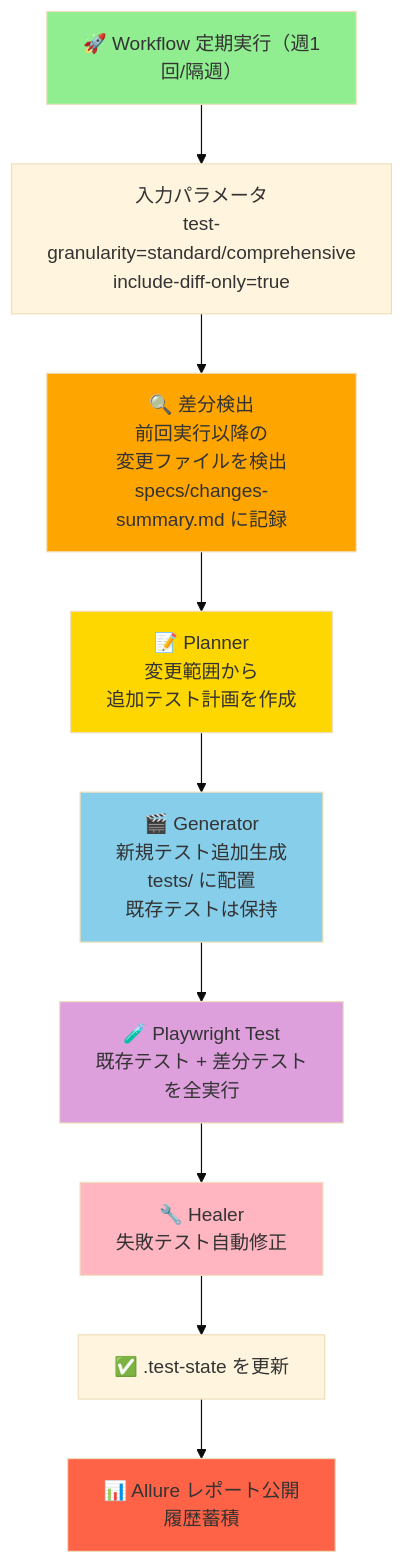
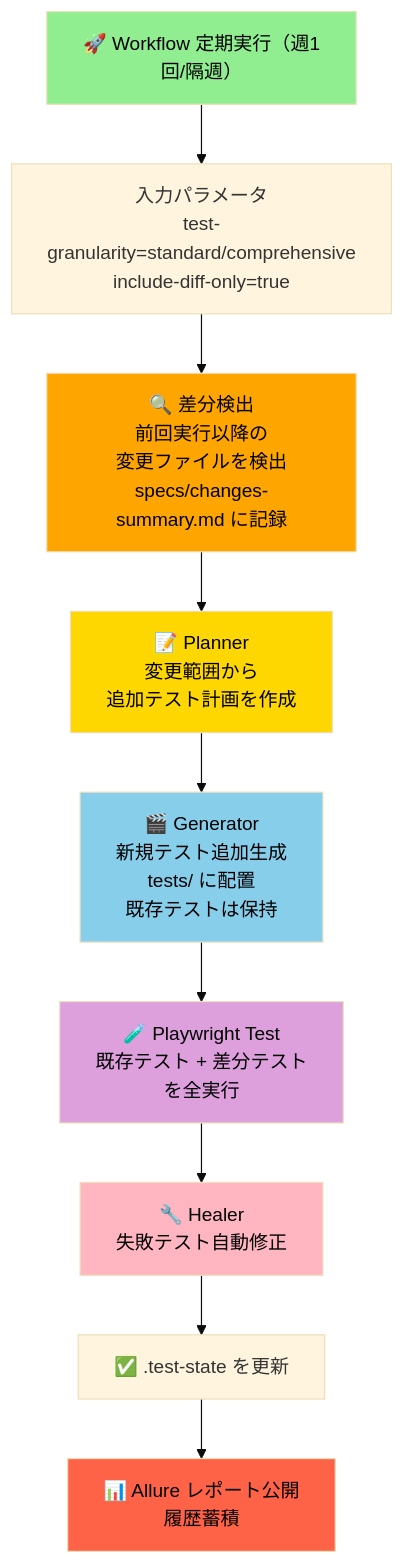
Before and after one commit to cocomomojo/test_app-agents: the second of 2 diagrams in README.md, drawn with Mermaid (base theme). The commit also changed other lines of this file, not shown here.

Commit message:
フロー色を変更

````diff
--- a/README.md
+++ b/README.md
@@ -98,22 +98,22 @@
 ```mermaid
 flowchart TD
     A["🚀 Workflow 定期実行（週1回/隔週）"]
     B["入力パラメータ<br/>test-granularity=standard/comprehensive<br/>include-diff-only=true"]
     C["🔍 差分検出<br/>前回実行以降の<br/>変更ファイルを検出<br/>specs/changes-summary.md に記録"]
     D["📝 Planner<br/>変更範囲から<br/>追加テスト計画を作成"]
     E["🎬 Generator<br/>新規テスト追加生成<br/>tests/ に配置<br/>既存テストは保持"]
     F["🧪 Playwright Test<br/>既存テスト + 差分テスト<br/>を全実行"]
     G["🔧 Healer<br/>失敗テスト自動修正"]
     H["✅ .test-state を更新"]
     I["📊 Allure レポート公開<br/>履歴蓄積"]
 
     A --> B --> C --> D --> E --> F --> G --> H --> I
     
-    style A fill:#90EE90
-    style C fill:#FFA500
-    style D fill:#FFD700
-    style E fill:#87CEEB
-    style F fill:#DDA0DD
-    style G fill:#FFB6C1
-    style I fill:#FF6347
+    style A fill:#90EE90,color:#000
+    style C fill:#FFA500,color:#000
+    style D fill:#FFD700,color:#000
+    style E fill:#87CEEB,color:#000
+    style F fill:#DDA0DD,color:#000
+    style G fill:#FFB6C1,color:#000
+    style I fill:#FF6347,color:#000
 ```
````
